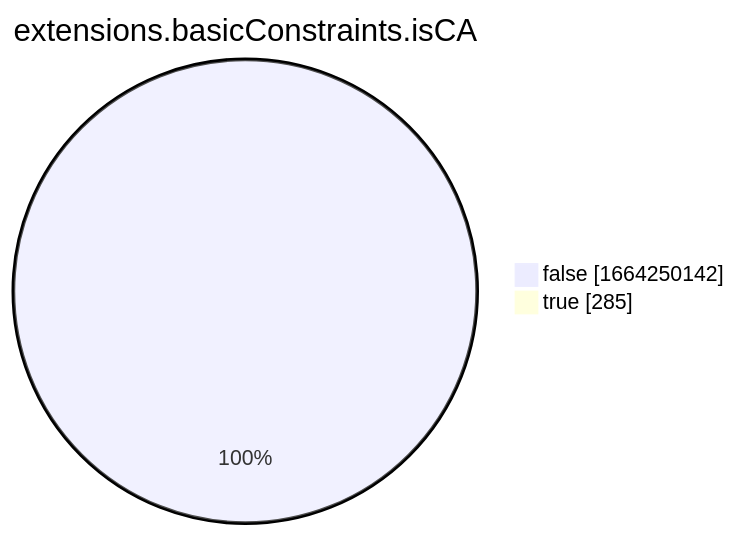
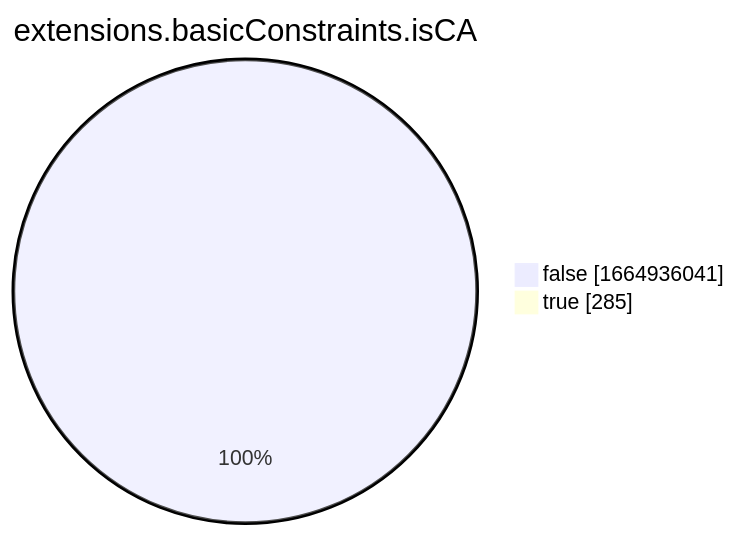
The eighth of 15 diagrams in xenon2022/README.md (christiankrug/ctmonitor_visualization), drawn with Mermaid before and after one commit. The commit also changed other lines of this file, not shown here.

````diff
--- a/xenon2022/README.md
+++ b/xenon2022/README.md
@@ -2865,6 +2865,6 @@
 ```mermaid
 pie showData
 title extensions.basicConstraints.isCA
-"false" :1664250142
+"false" :1664936041
 "true" :285
 ```
````
